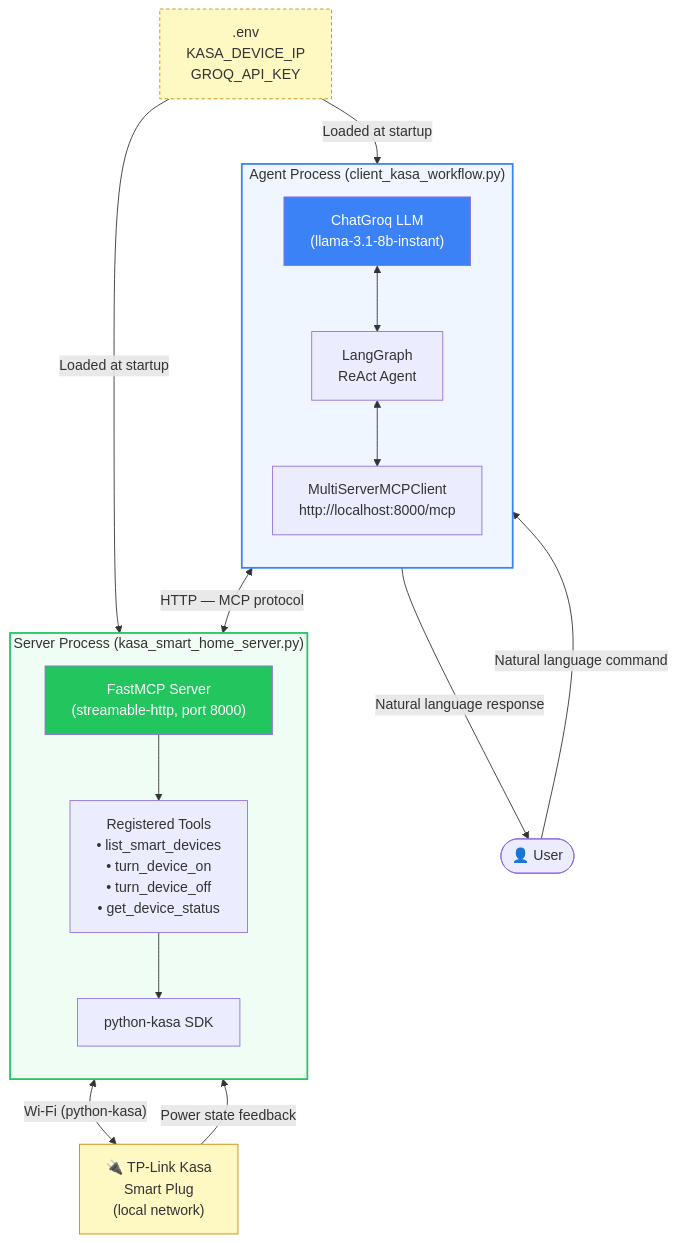
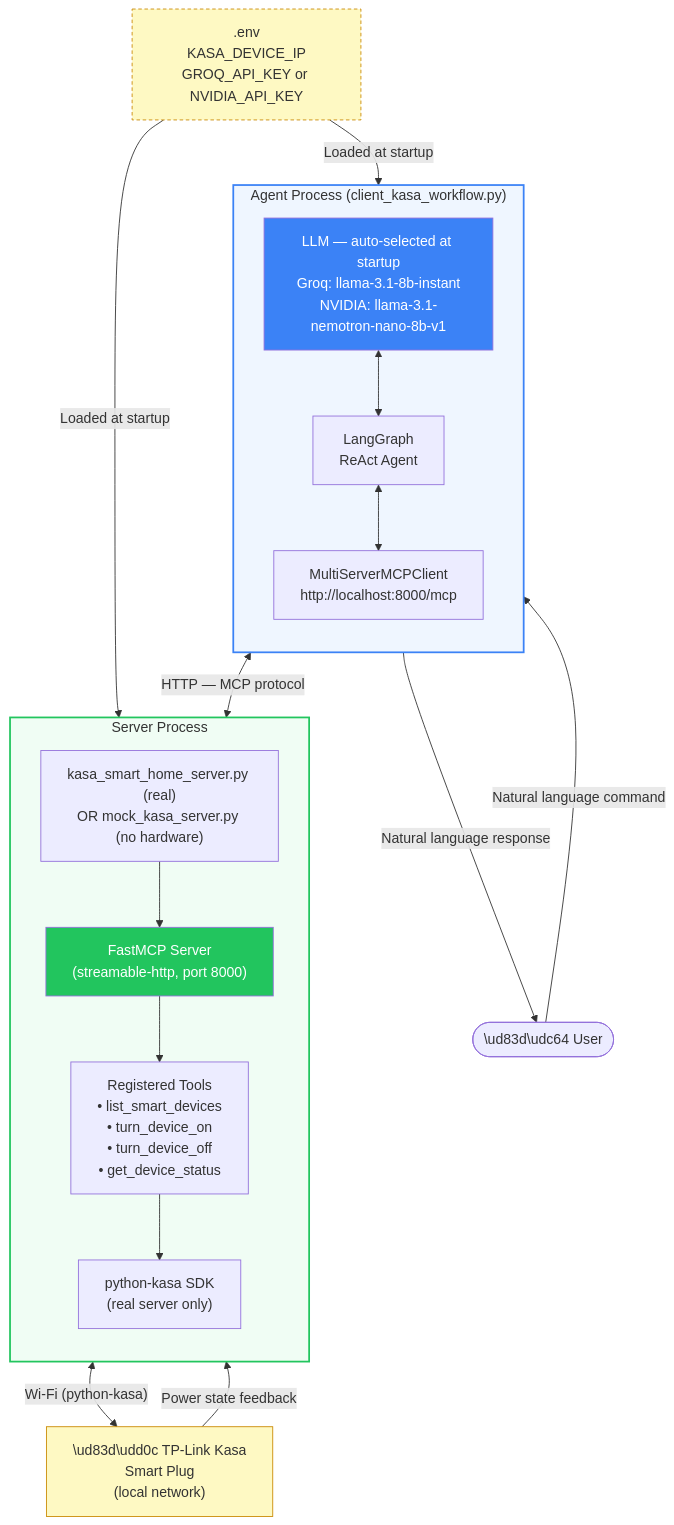
Before and after one commit to mohitagr18/ch08-model-context-protocol: the sixth of 8 diagrams in workflow/workflow.md, drawn with Mermaid. The commit also changed other lines of this file and 1 other file, not shown here.

Commit message:
Cleanup: update workflow diagram for dual-LLM; update root README structure tree

````diff
--- a/workflow/workflow.md
+++ b/workflow/workflow.md
@@ -203,40 +206,42 @@
 ```mermaid
 flowchart TD
-    U(["👤 User"])
+    U(["\ud83d\udc64 User"])
 
     subgraph AGENT_SIDE ["Agent Process (client_kasa_workflow.py)"]
         direction TB
-        GROQ["ChatGroq LLM\n(llama-3.1-8b-instant)"]
+        LLM["LLM — auto-selected at startup\nGroq: llama-3.1-8b-instant\nNVIDIA: llama-3.1-nemotron-nano-8b-v1"]
         REACT["LangGraph\nReAct Agent"]
         MCPC["MultiServerMCPClient\nhttp://localhost:8000/mcp"]
-        GROQ <--> REACT
+        LLM <--> REACT
         REACT <--> MCPC
     end
 
-    subgraph SERVER_SIDE ["Server Process (kasa_smart_home_server.py)"]
+    subgraph SERVER_SIDE ["Server Process"]
         direction TB
+        SRVLABEL["kasa_smart_home_server.py (real)\nOR mock_kasa_server.py (no hardware)"]
         FASTMCP["FastMCP Server\n(streamable-http, port 8000)"]
         TOOLS["Registered Tools\n• list_smart_devices\n• turn_device_on\n• turn_device_off\n• get_device_status"]
-        KASA_SDK["python-kasa SDK"]
+        KASA_SDK["python-kasa SDK\n(real server only)"]
+        SRVLABEL --> FASTMCP
         FASTMCP --> TOOLS
         TOOLS --> KASA_SDK
     end
 
-    PLUG["🔌 TP-Link Kasa\nSmart Plug\n(local network)"]
-    ENV[".env\nKASA_DEVICE_IP\nGROQ_API_KEY"]
+    PLUG["\ud83d\udd0c TP-Link Kasa\nSmart Plug\n(local network)"]
+    ENV[".env\nKASA_DEVICE_IP\nGROQ_API_KEY or NVIDIA_API_KEY"]
 
     U -->|"Natural language command"| REACT
     MCPC <-->|"HTTP — MCP protocol"| FASTMCP
     KASA_SDK <-->|"Wi-Fi (python-kasa)"| PLUG
     PLUG -->|"Power state feedback"| KASA_SDK
     ENV -->|"Loaded at startup"| FASTMCP
     ENV -->|"Loaded at startup"| MCPC
     REACT -->|"Natural language response"| U
 
     style AGENT_SIDE fill:#eff6ff,stroke:#3b82f6,stroke-width:2px
     style SERVER_SIDE fill:#f0fdf4,stroke:#22c55e,stroke-width:2px
     style PLUG fill:#fef9c3,stroke:#ca8a04
     style ENV fill:#fef9c3,stroke:#ca8a04,stroke-dasharray:4 3
-    style GROQ fill:#3b82f6,color:#fff
+    style LLM fill:#3b82f6,color:#fff
     style FASTMCP fill:#22c55e,color:#fff
 ```
````
